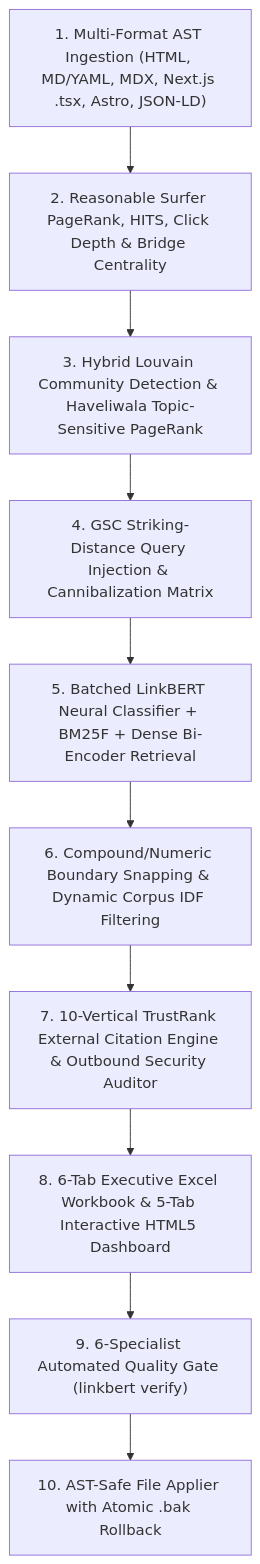
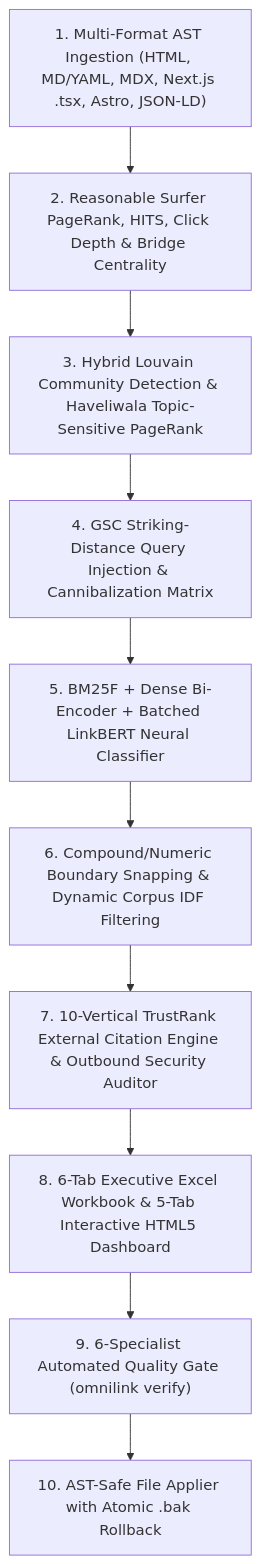
One commit to muyiwaadekojede/OmniLink-SEO-v2 changed the diagram in README.md. Above: the diagram before and after it, drawn with Mermaid. The commit also changed other lines of this file and 1 other file, not shown here.

Commit message:
chore: rebrand repository to OmniLink SEO v2 for broader search discoverability

````diff
--- a/README.md
+++ b/README.md
@@ -120,12 +115,12 @@
 ```mermaid
 flowchart TD
     A["1. Multi-Format AST Ingestion (HTML, MD/YAML, MDX, Next.js .tsx, Astro, JSON-LD)"] --> B["2. Reasonable Surfer PageRank, HITS, Click Depth & Bridge Centrality"]
     B --> C["3. Hybrid Louvain Community Detection & Haveliwala Topic-Sensitive PageRank"]
     C --> D["4. GSC Striking-Distance Query Injection & Cannibalization Matrix"]
-    D --> E["5. Batched LinkBERT Neural Classifier + BM25F + Dense Bi-Encoder Retrieval"]
+    D --> E["5. BM25F + Dense Bi-Encoder + Batched LinkBERT Neural Classifier"]
     E --> F["6. Compound/Numeric Boundary Snapping & Dynamic Corpus IDF Filtering"]
     F --> G["7. 10-Vertical TrustRank External Citation Engine & Outbound Security Auditor"]
     G --> H["8. 6-Tab Executive Excel Workbook & 5-Tab Interactive HTML5 Dashboard"]
-    H --> I["9. 6-Specialist Automated Quality Gate (linkbert verify)"]
+    H --> I["9. 6-Specialist Automated Quality Gate (omnilink verify)"]
     I --> J["10. AST-Safe File Applier with Atomic .bak Rollback"]
 ```
````
